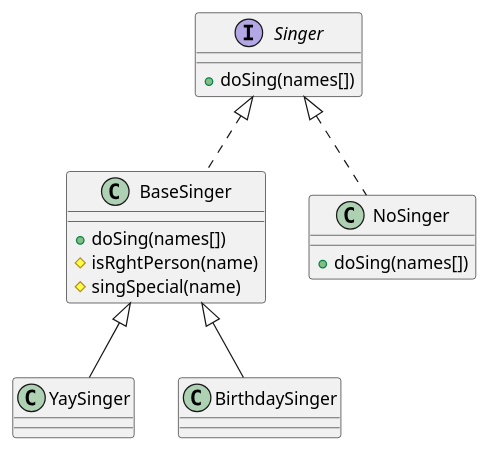
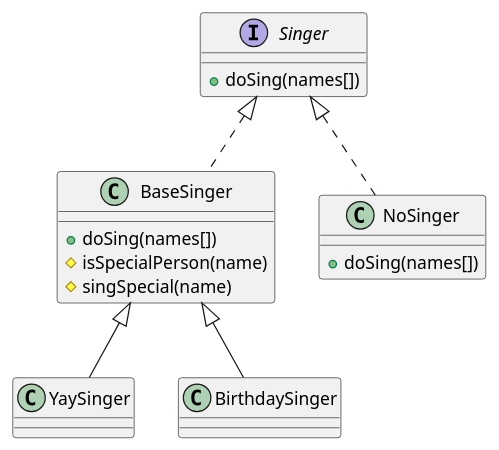
One commit to martinsson/DuplicationKata.java changed the diagram in src/main/java/org/learnwithllew/duplicationkata/Lesson31.puml. Above: the diagram before and after it, drawn with PlantUML. The commit also changed 3 other files, not shown here.

Commit message:
final stuff with diagram

```diff
--- a/src/main/java/org/learnwithllew/duplicationkata/Lesson31.puml
+++ b/src/main/java/org/learnwithllew/duplicationkata/Lesson31.puml
@@ -1,24 +1,24 @@
 @startuml
 
 interface Singer {
     +doSing(names[])
 }
 
 class BaseSinger implements Singer {
     +doSing(names[])
-    #isRghtPerson(name)
+    #isSpecialPerson(name)
     #singSpecial(name)
 }
 class NoSinger implements Singer {
     +doSing(names[])
 }
 
 class YaySinger extends BaseSinger {
 }
 class BirthdaySinger extends BaseSinger {
 }
 
 
 
 
 @enduml
```
